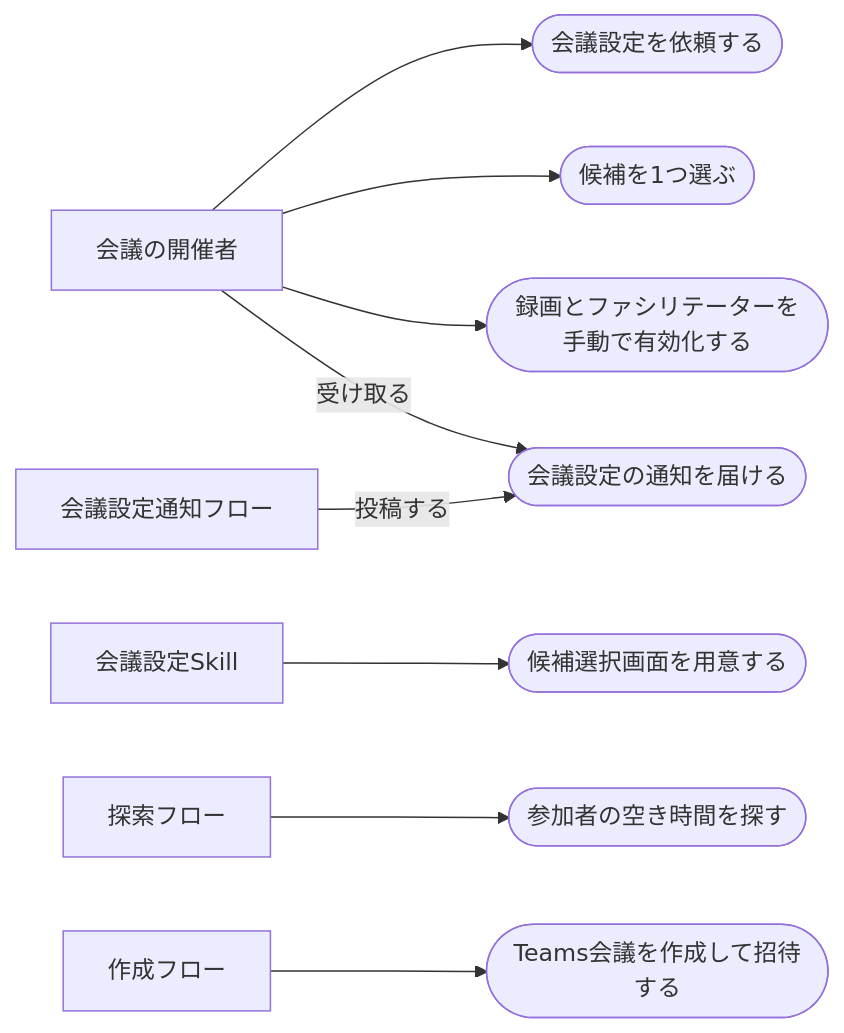
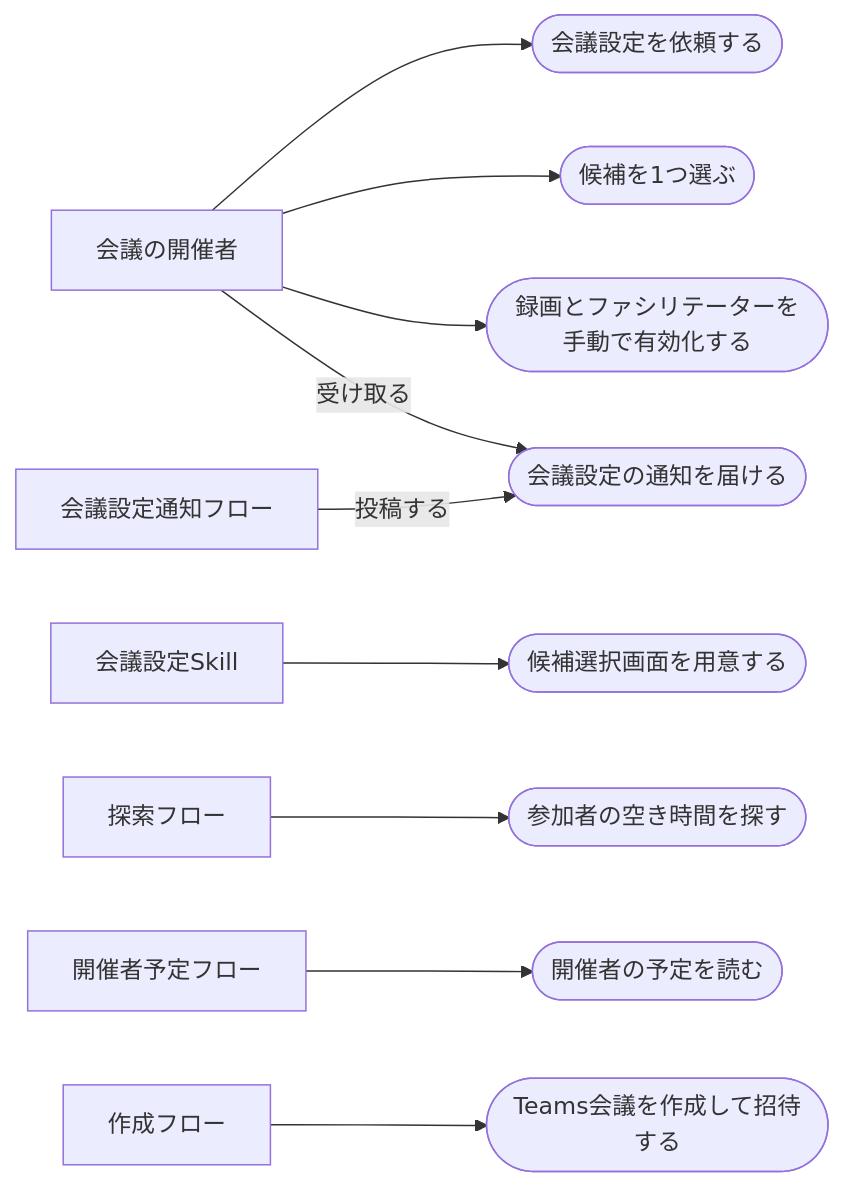
One commit to dnode-ryosuke-yamazaki/study changed the diagram in apps/meeting-setup-automation/specs/meeting-scheduling/requirements.md. Above: the diagram before and after it, drawn with Mermaid. The commit also changed other lines of this file and 5 other files, not shown here.

````diff
--- a/apps/meeting-setup-automation/specs/meeting-scheduling/requirements.md
+++ b/apps/meeting-setup-automation/specs/meeting-scheduling/requirements.md
@@ -25,25 +26,28 @@
 ```mermaid
 flowchart LR
     organizer["会議の開催者"]
     skill["会議設定Skill"]
     searchflow["探索フロー"]
+    eventsflow["開催者予定フロー"]
     createflow["作成フロー"]
     notifyflow["会議設定通知フロー"]
 
     uc1(["会議設定を依頼する"])
     uc2(["参加者の空き時間を探す"])
     uc3(["候補選択画面を用意する"])
+    uc8(["開催者の予定を読む"])
     uc4(["候補を1つ選ぶ"])
     uc5(["Teams会議を作成して招待する"])
     uc6(["録画とファシリテーターを手動で有効化する"])
     uc7(["会議設定の通知を届ける"])
 
     organizer --> uc1
     organizer --> uc4
     organizer --> uc6
     organizer -->|受け取る| uc7
     skill --> uc3
     searchflow --> uc2
+    eventsflow --> uc8
     createflow --> uc5
     notifyflow -->|投稿する| uc7
 ```
````
